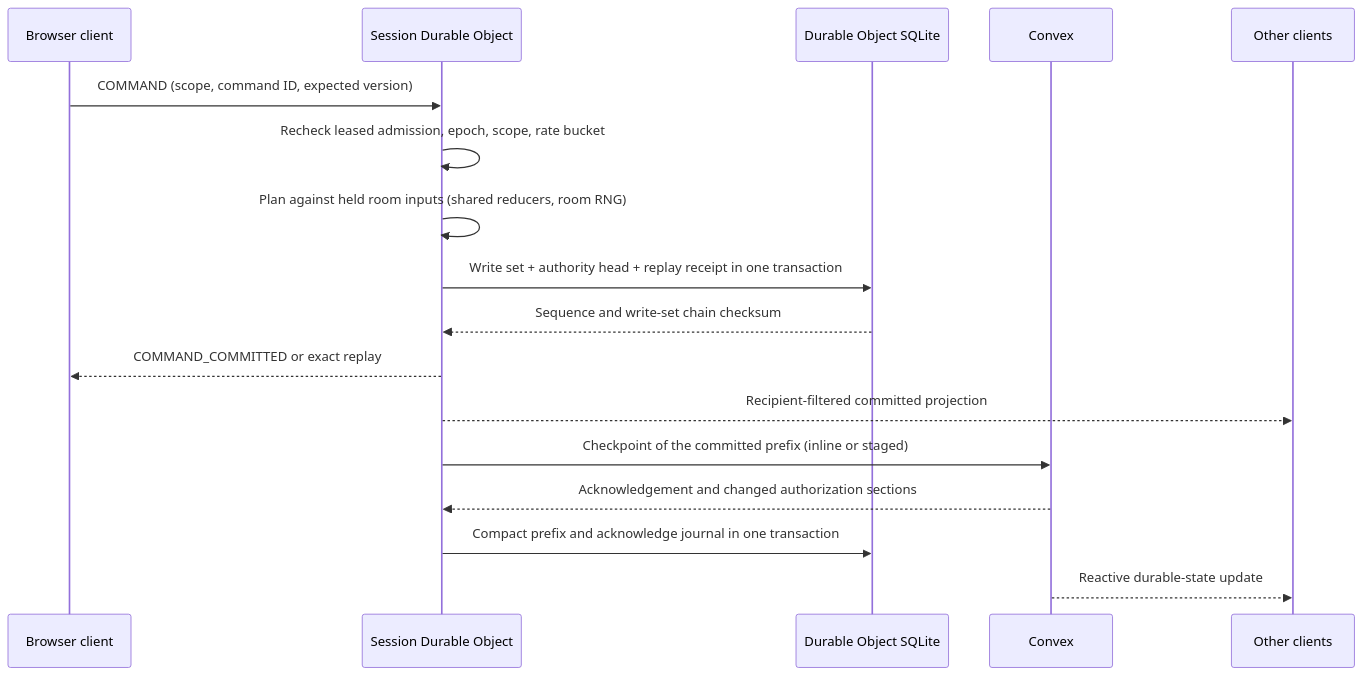
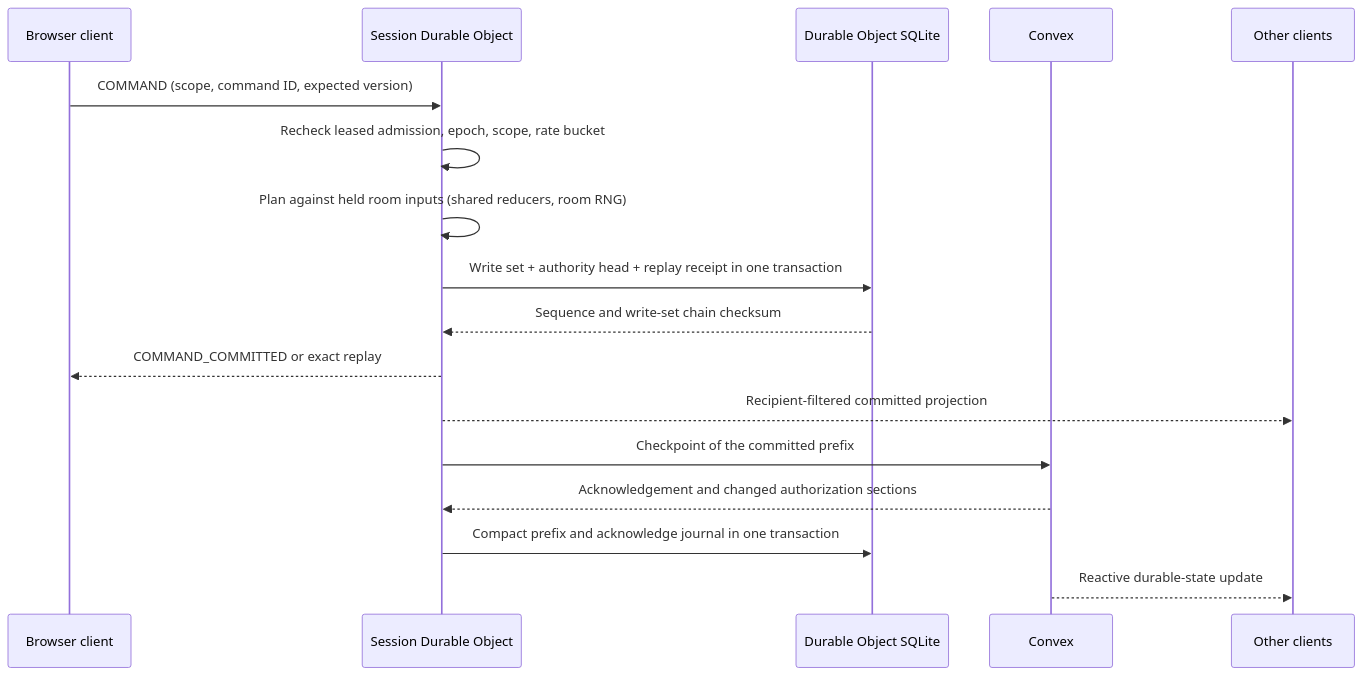
Before and after one commit to MPiland/artificer-toolkit: the second of 3 diagrams in docs/architecture/live-sessions.md, drawn with Mermaid. The commit also changed other lines of this file and 277 other files, not shown here.

First line of the commit message:
Save a running table only at save points and publish each save as one inline checkpoint; V15 passes within the Q16 budgets (REL-5, D90, A35-S11a-j)

````diff
--- a/docs/architecture/live-sessions.md
+++ b/docs/architecture/live-sessions.md
@@ -81,20 +84,20 @@
 ```mermaid
 sequenceDiagram
   participant Client as Browser client
   participant Room as Session Durable Object
   participant SQLite as Durable Object SQLite
   participant Convex as Convex
   participant Peers as Other clients
 
   Client->>Room: COMMAND (scope, command ID, expected version)
   Room->>Room: Recheck leased admission, epoch, scope, rate bucket
   Room->>Room: Plan against held room inputs (shared reducers, room RNG)
   Room->>SQLite: Write set + authority head + replay receipt in one transaction
   SQLite-->>Room: Sequence and write-set chain checksum
   Room-->>Client: COMMAND_COMMITTED or exact replay
   Room-->>Peers: Recipient-filtered committed projection
-  Room->>Convex: Checkpoint of the committed prefix (inline or staged)
+  Room->>Convex: Checkpoint of the committed prefix
   Convex-->>Room: Acknowledgement and changed authorization sections
   Room->>SQLite: Compact prefix and acknowledge journal in one transaction
   Convex-->>Peers: Reactive durable-state update
 ```
````
